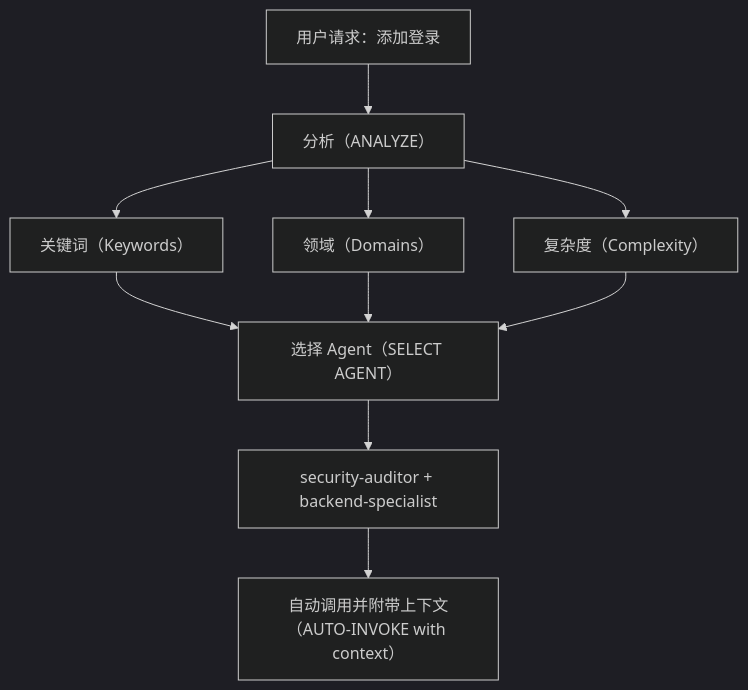
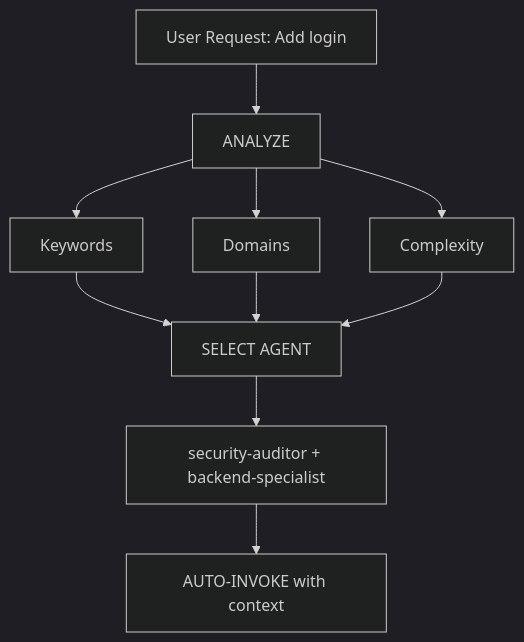
One commit to MisonL/antigravity-kit-cn changed the diagram in .agent/skills/intelligent-routing/SKILL.md. Above: the diagram before and after it, drawn with Mermaid (dark theme). The commit also changed other lines of this file, not shown here.

````diff
--- a/.agent/skills/intelligent-routing/SKILL.md
+++ b/.agent/skills/intelligent-routing/SKILL.md
@@ -21,12 +21,12 @@
 ```mermaid
 graph TD
-    A[用户请求：添加登录] --> B[分析（ANALYZE）]
-    B --> C[关键词（Keywords）]
-    B --> D[领域（Domains）]
-    B --> E[复杂度（Complexity）]
-    C --> F[选择 Agent（SELECT AGENT）]
+    A[User Request: Add login] --> B[ANALYZE]
+    B --> C[Keywords]
+    B --> D[Domains]
+    B --> E[Complexity]
+    C --> F[SELECT AGENT]
     D --> F
     E --> F
     F --> G[security-auditor + backend-specialist]
-    G --> H[自动调用并附带上下文（AUTO-INVOKE with context）]
+    G --> H[AUTO-INVOKE with context]
 ```
````
